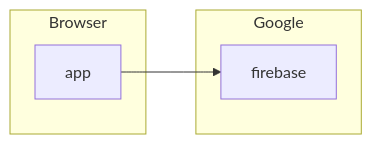
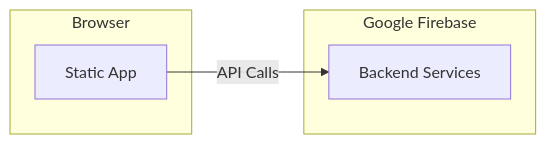
One commit to devops329/devops changed the second of 3 diagrams in instruction/staticDeployment/staticDeployment.md. Above: the diagram before and after it, drawn with Mermaid. The commit also changed other lines of this file, not shown here.

Commit message:
Lee Jensen - update(Static deployment)

````diff
--- a/instruction/staticDeployment/staticDeployment.md
+++ b/instruction/staticDeployment/staticDeployment.md
@@ -44,9 +47,9 @@
 ```mermaid
 graph LR;
-    subgraph  Browser
-    app
+    subgraph Browser
+    app[Static App]
     end
-    subgraph Google
-    app-->firebase
+    subgraph Google Firebase
+    app-->|API Calls|firebase[Backend Services]
     end
 ```
````
